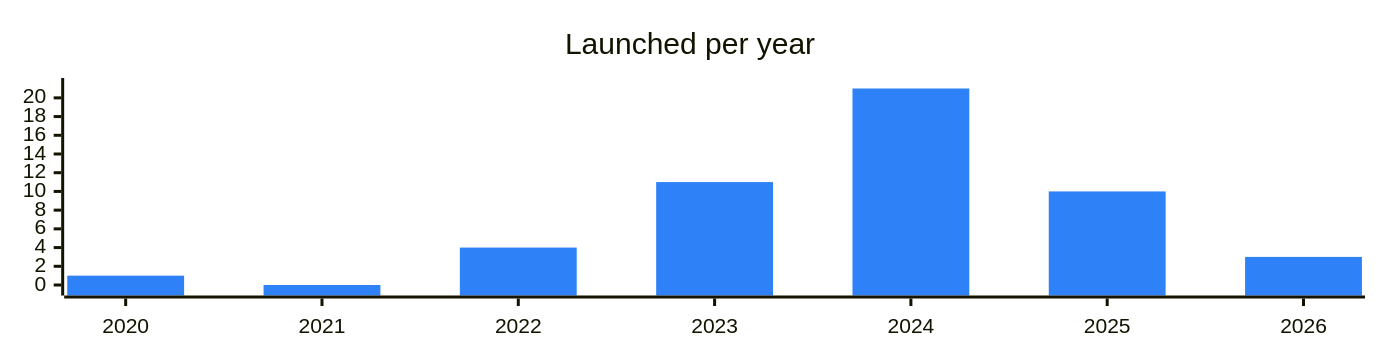
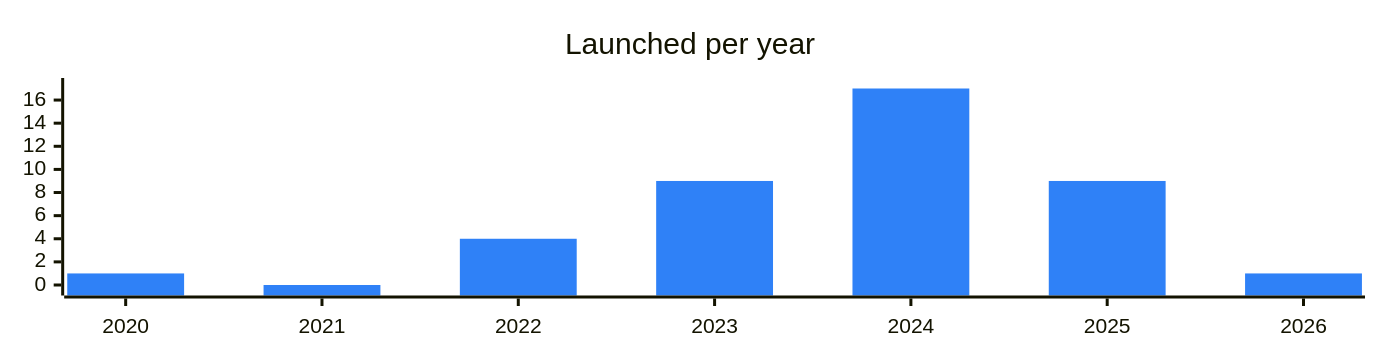
One commit to vitalikgpt/gram-ecosystem changed the diagram in categories/staking.md. Above: the diagram before and after it, drawn with Mermaid. The commit also changed other lines of this file and 69 other files, not shown here.

````diff
--- a/categories/staking.md
+++ b/categories/staking.md
@@ -7,7 +7,7 @@
 ```mermaid
 %%{init: {"xyChart": {"width": 900, "height": 220}, "themeVariables": {"xyChart": {"plotColorPalette": "#2f81f7"}}}}%%
 xychart-beta
   title "Launched per year"
   x-axis ["2020", "2021", "2022", "2023", "2024", "2025", "2026"]
-  bar [1, 0, 4, 11, 21, 10, 3]
+  bar [1, 0, 4, 9, 17, 9, 1]
 ```
````
